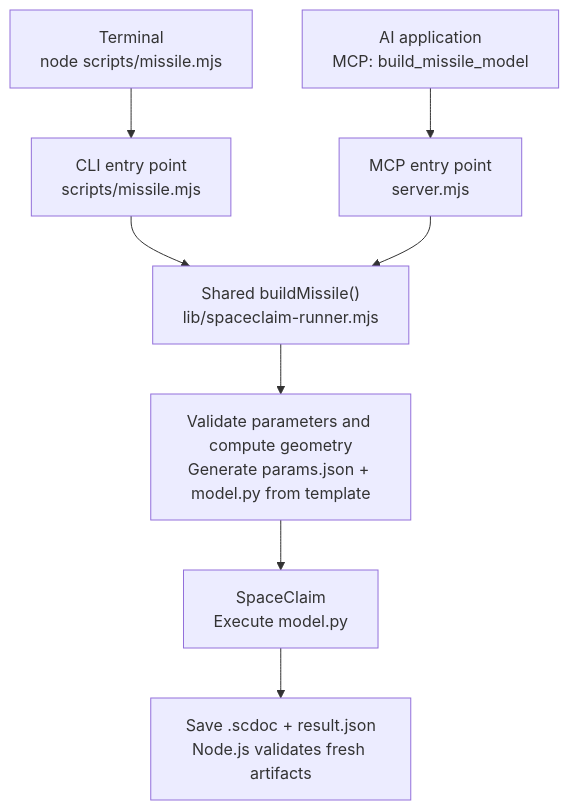
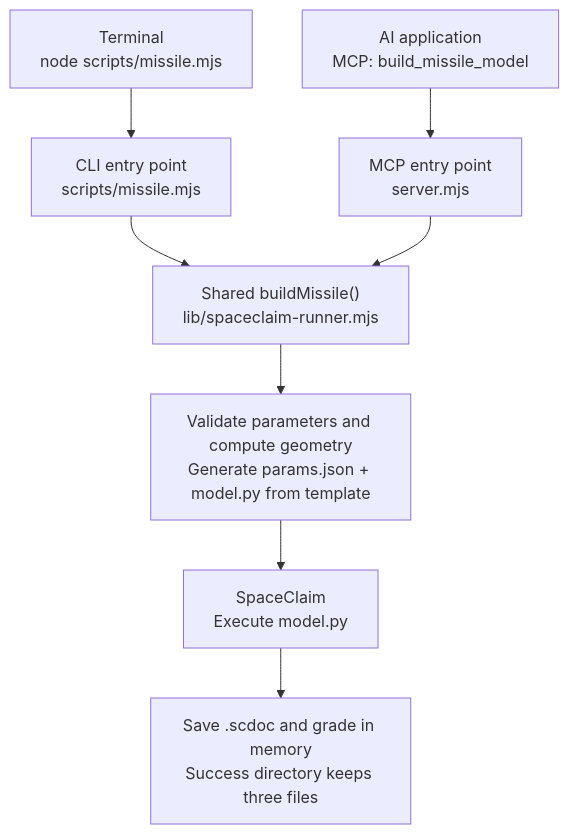
Before and after one commit to Chen-Xin-Yuan/AutoWorkflow-Spaceclaim-Fluent-ML: the diagram in spaceclaim/README.en.md, drawn with Mermaid. The commit also changed other lines of this file and 14 other files, not shown here.

````diff
--- a/spaceclaim/README.en.md
+++ b/spaceclaim/README.en.md
@@ -109,10 +109,10 @@
 ```mermaid
 flowchart TD
     A["Terminal<br/>node scripts/missile.mjs"] --> C["CLI entry point<br/>scripts/missile.mjs"]
     B["AI application<br/>MCP: build_missile_model"] --> D["MCP entry point<br/>server.mjs"]
     C --> E["Shared buildMissile()<br/>lib/spaceclaim-runner.mjs"]
     D --> E
     E --> F["Validate parameters and compute geometry<br/>Generate params.json + model.py from template"]
     F --> G["SpaceClaim<br/>Execute model.py"]
-    G --> H["Save .scdoc + result.json<br/>Node.js validates fresh artifacts"]
+    G --> H["Save .scdoc and grade in memory<br/>Success directory keeps three files"]
 ```
````
